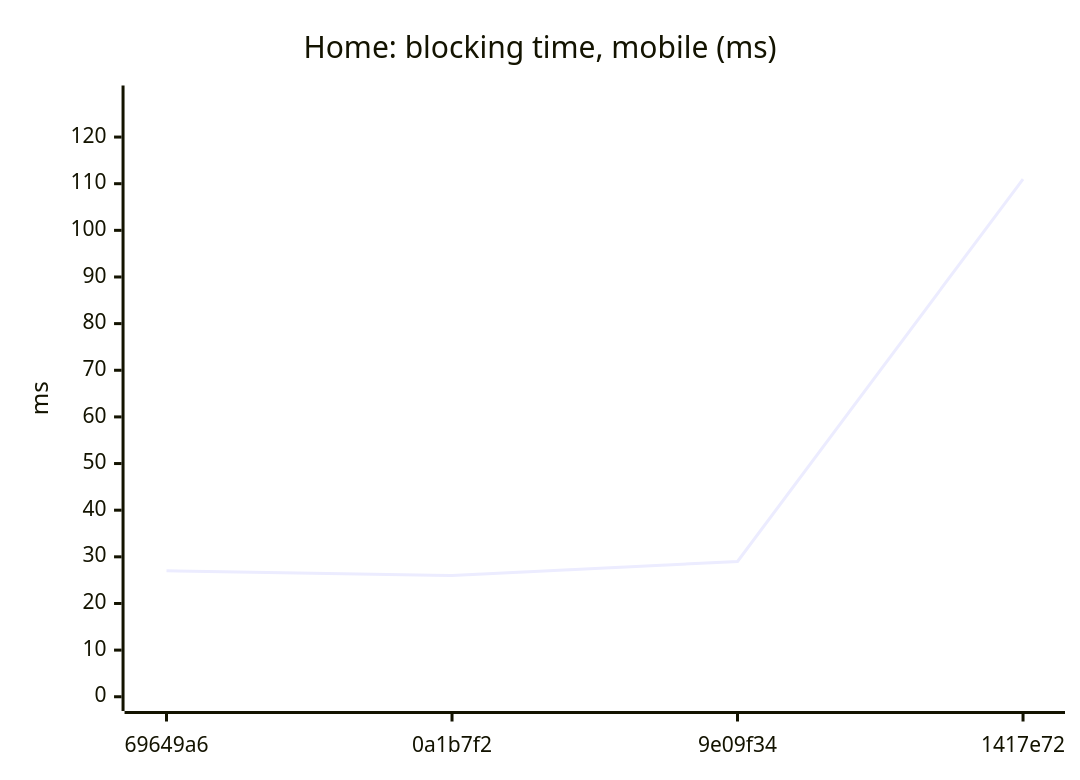
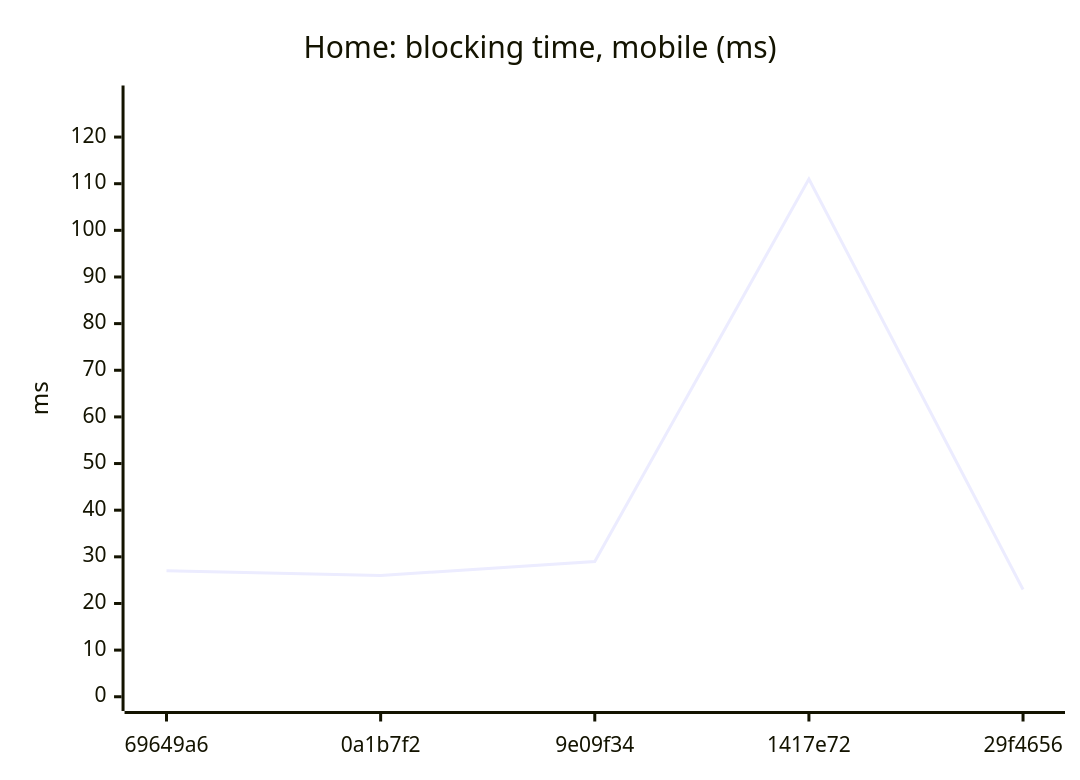
One commit to AxelUser/maltsev.space changed the second of 18 diagrams in README.md. Above: the diagram before and after it, drawn with Mermaid. The commit also changed other lines of this file and 1 other file, not shown here.

````diff
--- a/README.md
+++ b/README.md
@@ -43,7 +43,7 @@
 ```mermaid
 xychart-beta
   title "Home: blocking time, mobile (ms)"
-  x-axis ["69649a6", "0a1b7f2", "9e09f34", "1417e72"]
+  x-axis ["69649a6", "0a1b7f2", "9e09f34", "1417e72", "29f4656"]
   y-axis "ms" 0 --> 128
-  line [27, 26, 29, 111]
+  line [27, 26, 29, 111, 23]
 ```
````
